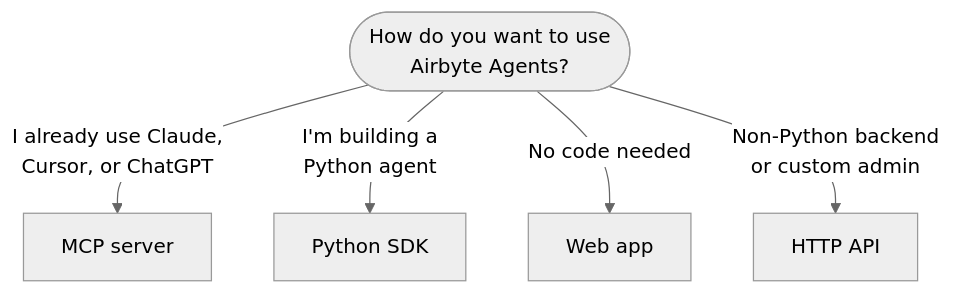
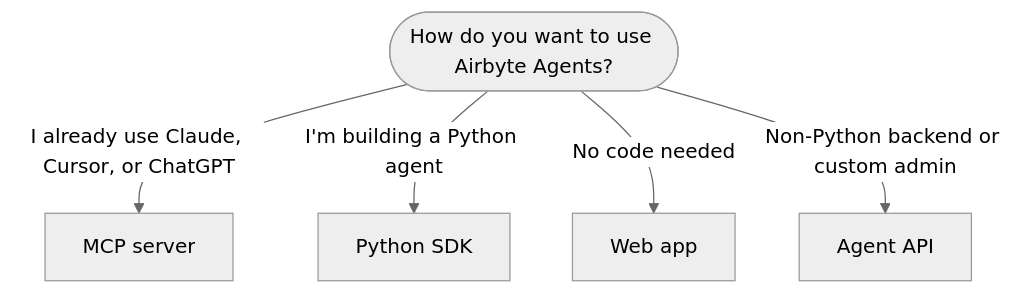
One commit to youngd-lunit/airbyte changed the diagram in docs/ai-agents/get-started/choose-how-to-use.md. Above: the diagram before and after it, drawn with Mermaid (neutral theme). The commit also changed other lines of this file and 10 other files, not shown here.

````diff
--- a/docs/ai-agents/get-started/choose-how-to-use.md
+++ b/docs/ai-agents/get-started/choose-how-to-use.md
@@ -13,13 +13,13 @@
 ```mermaid
 flowchart TD
-    START(["How do you want to use<br/>Airbyte Agents?"])
-    START -->|"I already use Claude,<br/>Cursor, or ChatGPT"| MCP["MCP server"]
-    START -->|"I'm building a<br/>Python agent"| SDK["Python SDK"]
+    START(["How do you want to use Airbyte Agents?"])
+    START -->|"I already use Claude, Cursor, or ChatGPT"| MCP["MCP server"]
+    START -->|"I'm building a Python agent"| SDK["Python SDK"]
     START -->|"No code needed"| WEB["Web app"]
-    START -->|"Non-Python backend<br/>or custom admin"| API["HTTP API"]
+    START -->|"Non-Python backend or custom admin"| API["Agent API"]
 
     click MCP "#mcp-server"
     click SDK "#python-sdk"
     click WEB "#web-app"
-    click API "#http-api"
+    click API "#agent-api"
 ```
````
